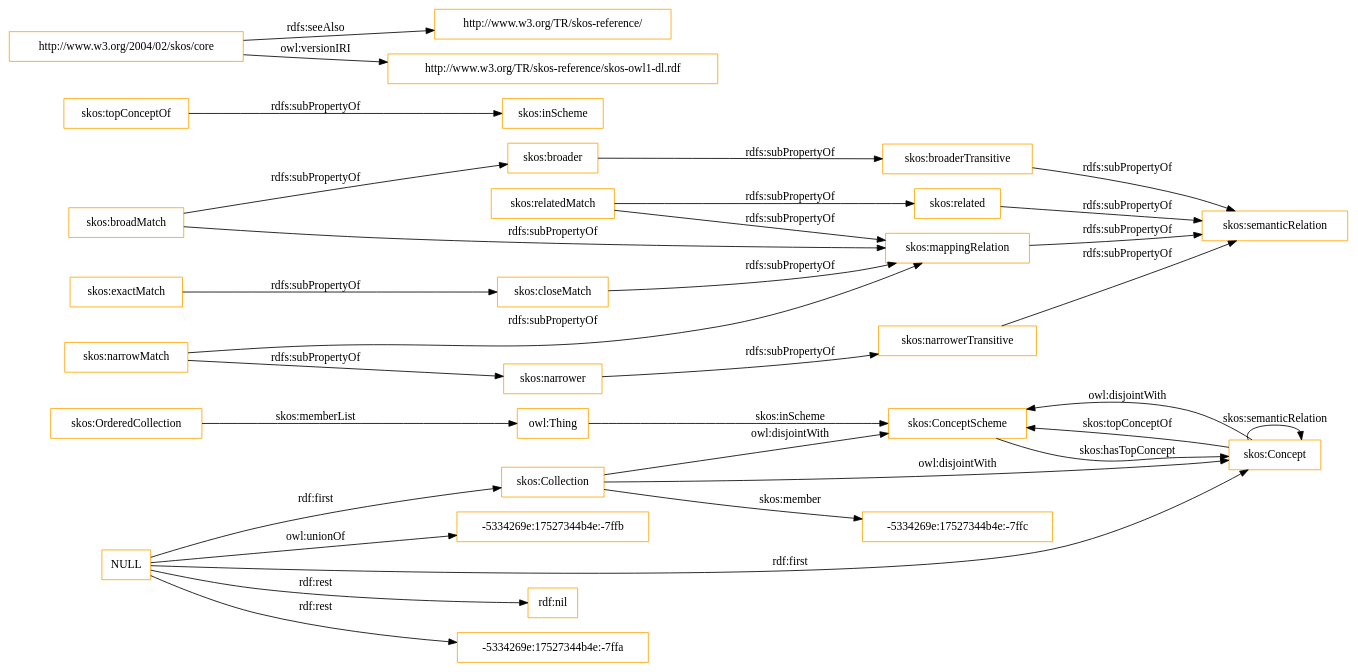
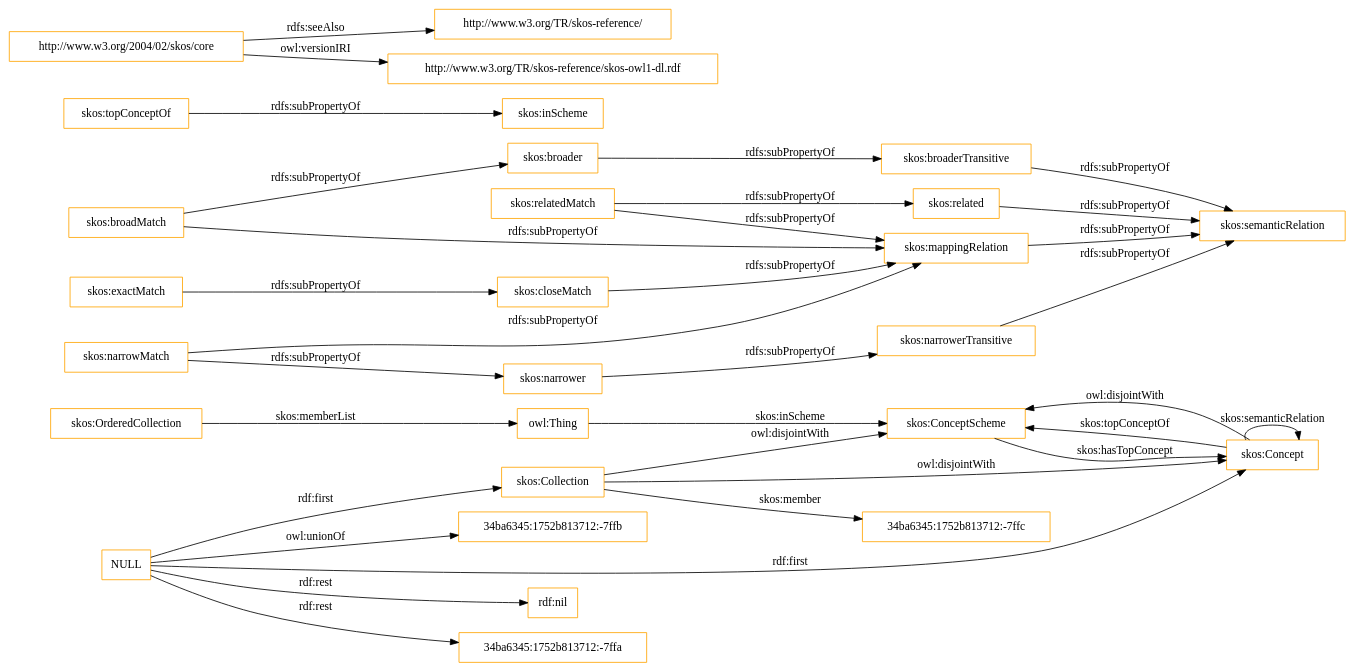
One commit to OnToologyUser/core-ontology-1 changed the diagram in OnToology/imports/skos.owl/diagrams/ar2dtool-class/skos.owl.png.dot. Above: the diagram before and after it, drawn with Graphviz. The commit also changed 14 other files, not shown here.

```diff
--- a/OnToology/imports/skos.owl/diagrams/ar2dtool-class/skos.owl.png.dot
+++ b/OnToology/imports/skos.owl/diagrams/ar2dtool-class/skos.owl.png.dot
@@ -1,37 +1,37 @@
 digraph ar2dtool_diagram { 
 rankdir=LR;
 size="1501"
-node [shape = rectangle, color="orange"]; "skos:OrderedCollection" "skos:ConceptScheme" "skos:Concept" "skos:Collection" "-5334269e:17527344b4e:-7ffc" ; /*classes style*/
+node [shape = rectangle, color="orange"]; "skos:OrderedCollection" "skos:ConceptScheme" "skos:Concept" "skos:Collection" "34ba6345:1752b813712:-7ffc" ; /*classes style*/
 	"skos:narrowerTransitive" -> "skos:semanticRelation" [ label = "rdfs:subPropertyOf" ];
 	"NULL" -> "rdf:nil" [ label = "rdf:rest" ];
 	"NULL" -> "skos:Concept" [ label = "rdf:first" ];
-	"NULL" -> "-5334269e:17527344b4e:-7ffa" [ label = "rdf:rest" ];
+	"NULL" -> "34ba6345:1752b813712:-7ffa" [ label = "rdf:rest" ];
 	"NULL" -> "skos:Collection" [ label = "rdf:first" ];
-	"NULL" -> "-5334269e:17527344b4e:-7ffb" [ label = "owl:unionOf" ];
+	"NULL" -> "34ba6345:1752b813712:-7ffb" [ label = "owl:unionOf" ];
 	"skos:closeMatch" -> "skos:mappingRelation" [ label = "rdfs:subPropertyOf" ];
 	"skos:Concept" -> "skos:ConceptScheme" [ label = "owl:disjointWith" ];
 	"skos:relatedMatch" -> "skos:related" [ label = "rdfs:subPropertyOf" ];
 	"skos:relatedMatch" -> "skos:mappingRelation" [ label = "rdfs:subPropertyOf" ];
 	"skos:related" -> "skos:semanticRelation" [ label = "rdfs:subPropertyOf" ];
 	"skos:topConceptOf" -> "skos:inScheme" [ label = "rdfs:subPropertyOf" ];
 	"skos:broadMatch" -> "skos:mappingRelation" [ label = "rdfs:subPropertyOf" ];
 	"skos:broadMatch" -> "skos:broader" [ label = "rdfs:subPropertyOf" ];
 	"skos:exactMatch" -> "skos:closeMatch" [ label = "rdfs:subPropertyOf" ];
 	"skos:broaderTransitive" -> "skos:semanticRelation" [ label = "rdfs:subPropertyOf" ];
 	"skos:broader" -> "skos:broaderTransitive" [ label = "rdfs:subPropertyOf" ];
 	"skos:mappingRelation" -> "skos:semanticRelation" [ label = "rdfs:subPropertyOf" ];
 	"http://www.w3.org/2004/02/skos/core" -> "http://www.w3.org/TR/skos-reference/" [ label = "rdfs:seeAlso" ];
 	"http://www.w3.org/2004/02/skos/core" -> "http://www.w3.org/TR/skos-reference/skos-owl1-dl.rdf" [ label = "owl:versionIRI" ];
 	"skos:Collection" -> "skos:ConceptScheme" [ label = "owl:disjointWith" ];
 	"skos:Collection" -> "skos:Concept" [ label = "owl:disjointWith" ];
 	"skos:narrower" -> "skos:narrowerTransitive" [ label = "rdfs:subPropertyOf" ];
 	"skos:narrowMatch" -> "skos:narrower" [ label = "rdfs:subPropertyOf" ];
 	"skos:narrowMatch" -> "skos:mappingRelation" [ label = "rdfs:subPropertyOf" ];
 	"skos:OrderedCollection" -> "owl:Thing" [ label = "skos:memberList" ];
 	"skos:Concept" -> "skos:ConceptScheme" [ label = "skos:topConceptOf" ];
 	"skos:Concept" -> "skos:Concept" [ label = "skos:semanticRelation" ];
-	"skos:Collection" -> "-5334269e:17527344b4e:-7ffc" [ label = "skos:member" ];
+	"skos:Collection" -> "34ba6345:1752b813712:-7ffc" [ label = "skos:member" ];
 	"skos:ConceptScheme" -> "skos:Concept" [ label = "skos:hasTopConcept" ];
 	"owl:Thing" -> "skos:ConceptScheme" [ label = "skos:inScheme" ];
 
 }
```
